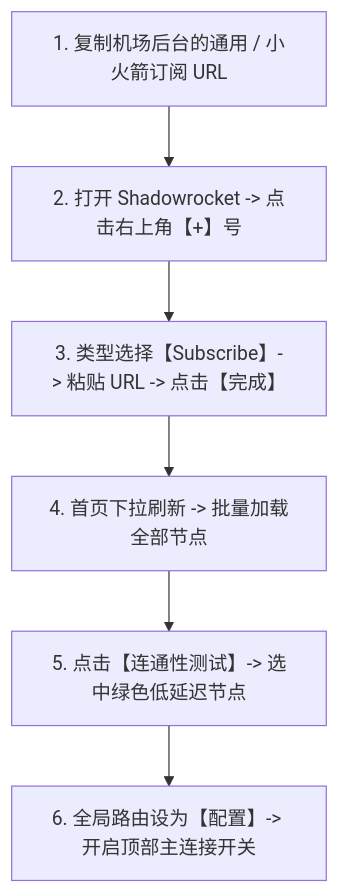
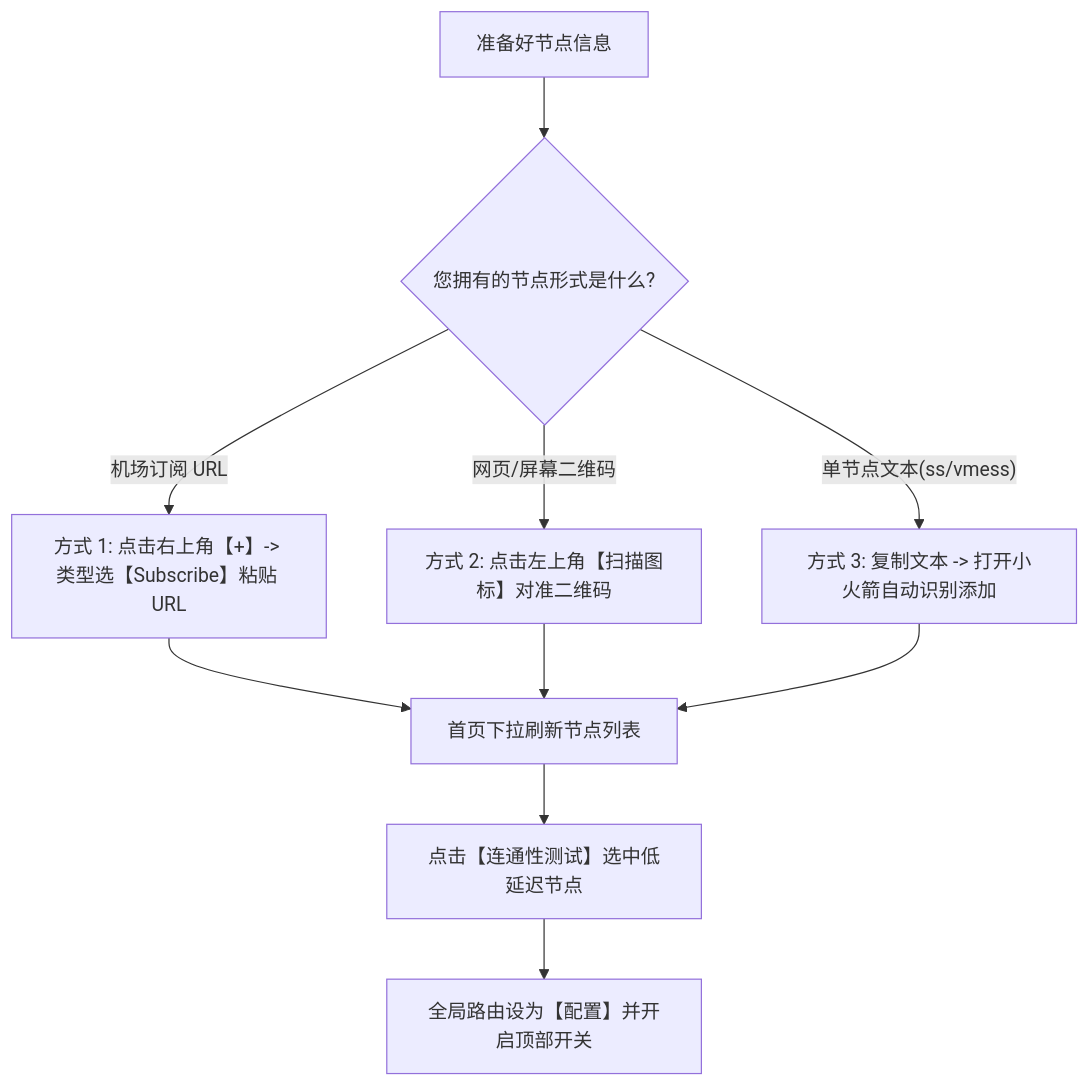
One commit to qweqwe98698-tech/jichangmianfei.my changed the diagram in docs/tutorial/shadowrocket-ios.md. Above: the diagram before and after it, drawn with Mermaid. The commit also changed other lines of this file and 60 other files, not shown here.

Commit message:
feat(seo): 升级42家机场品牌全景评测大榜单、18篇测速长图深度评测、配置IndexNow并修复商业外链nofollow合规

````diff
--- a/docs/tutorial/shadowrocket-ios.md
+++ b/docs/tutorial/shadowrocket-ios.md
@@ -48,8 +83,12 @@
 ```mermaid
 graph TD
-    Step1[1. 复制机场后台的通用 / 小火箭订阅 URL] --> Step2[2. 打开 Shadowrocket -> 点击右上角【+】号]
-    Step2 --> Step3[3. 类型选择【Subscribe】-> 粘贴 URL -> 点击【完成】]
-    Step3 --> Step4[4. 首页下拉刷新 -> 批量加载全部节点]
-    Step4 --> Step5[5. 点击【连通性测试】-> 选中绿色低延迟节点]
-    Step5 --> Step6[6. 全局路由设为【配置】-> 开启顶部主连接开关]
+    A[准备好节点信息] --> B{您拥有的节点形式是什么?}
+    B -- 机场订阅 URL --> C[方式 1: 点击右上角【+】-> 类型选【Subscribe】粘贴 URL]
+    B -- 网页/屏幕二维码 --> D[方式 2: 点击左上角【扫描图标】对准二维码]
+    B -- 单节点文本(ss/vmess) --> E[方式 3: 复制文本 -> 打开小火箭自动识别添加]
+    C --> F[首页下拉刷新节点列表]
+    D --> F
+    E --> F
+    F --> G[点击【连通性测试】选中低延迟节点]
+    G --> H[全局路由设为【配置】并开启顶部开关]
 ```
````
